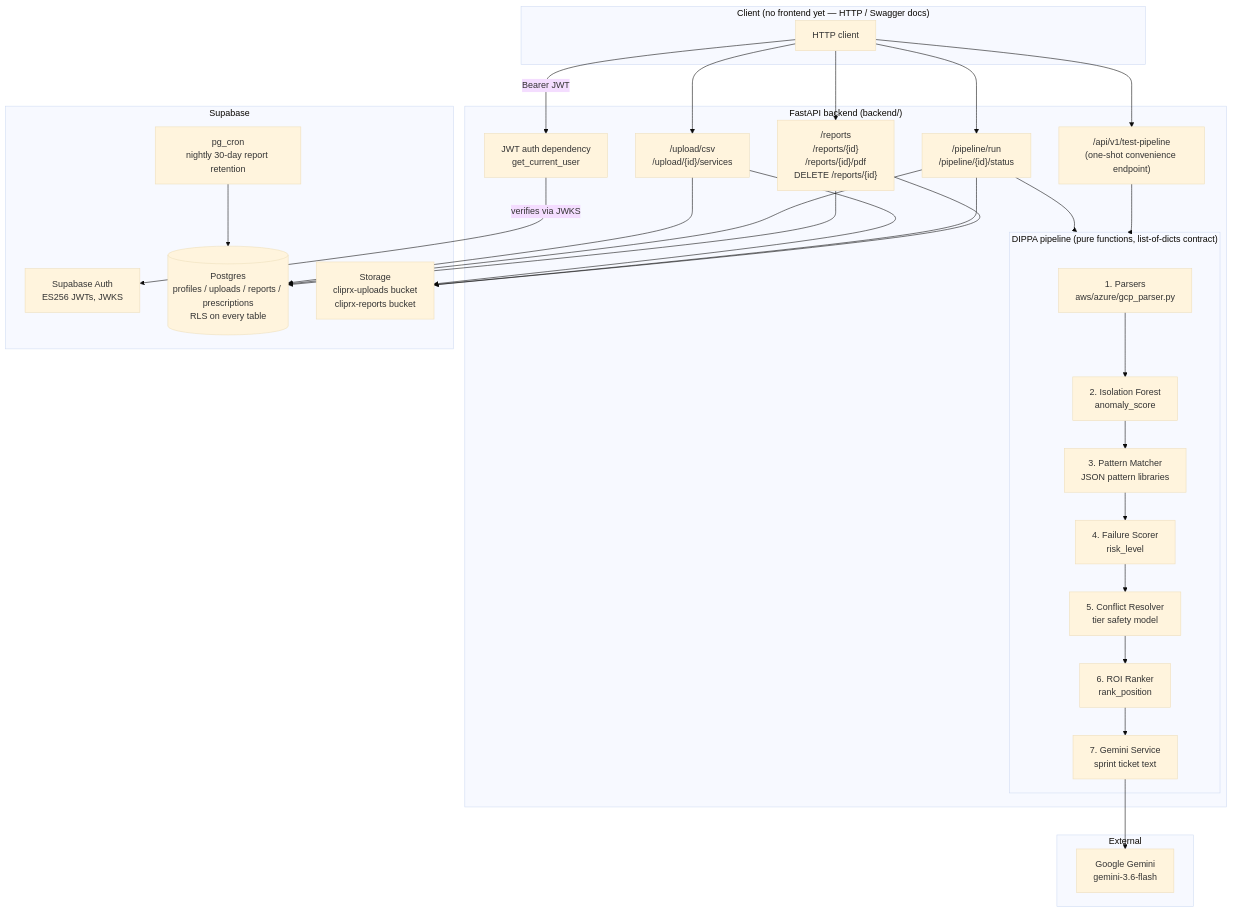
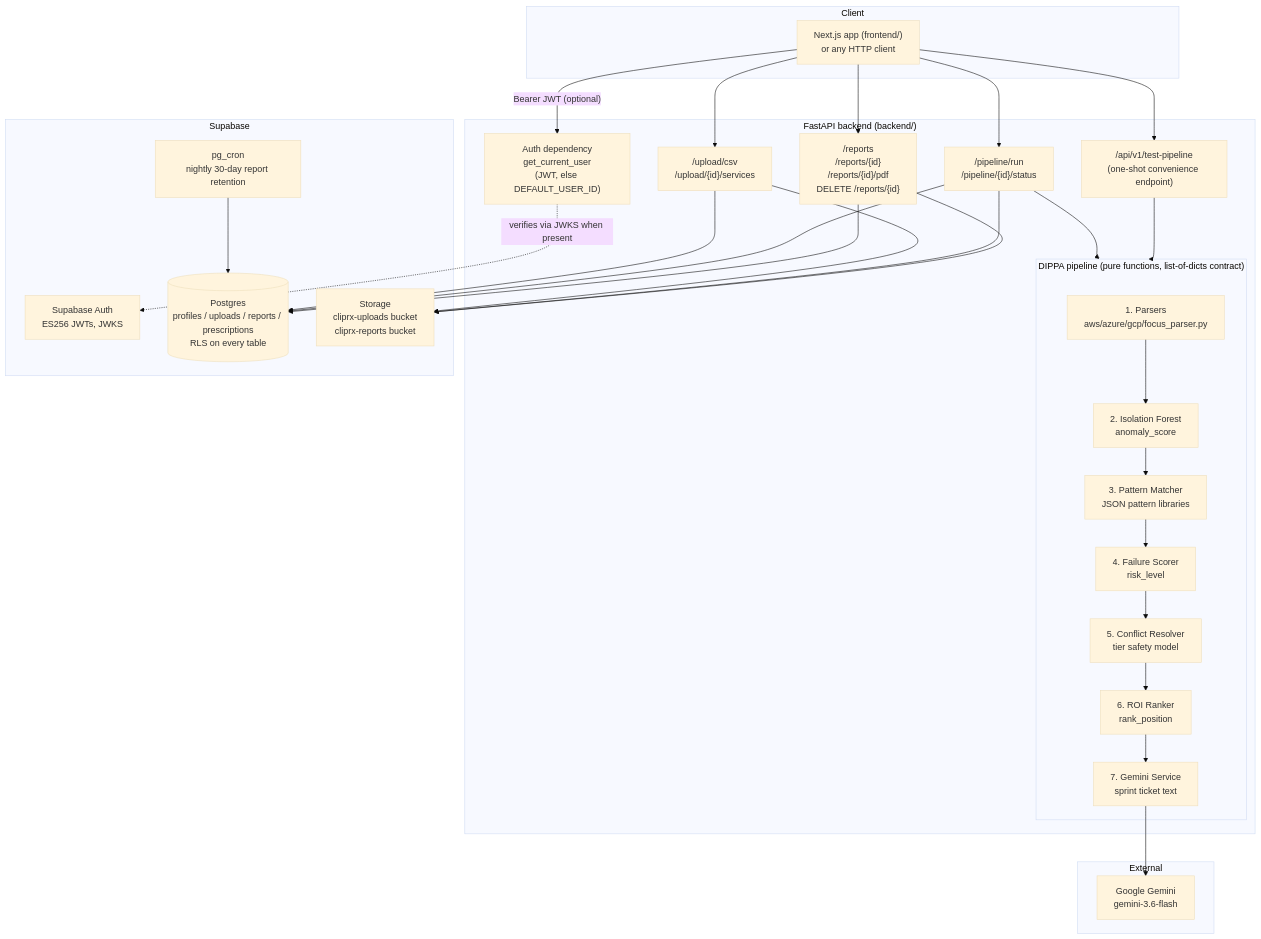
Before and after one commit to Cyberbully-rpg/CliPRx: the first of 3 diagrams in docs/ARCHITECTURE.md, drawn with Mermaid (base theme). The commit also changed other lines of this file and 3 other files, not shown here.

````diff
--- a/docs/ARCHITECTURE.md
+++ b/docs/ARCHITECTURE.md
@@ -11,50 +13,50 @@
 ```mermaid
 flowchart TB
-    subgraph Client["Client (no frontend yet — HTTP / Swagger docs)"]
-        C[HTTP client]
+    subgraph Client["Client"]
+        C["Next.js app (frontend/)<br/>or any HTTP client"]
     end
 
     subgraph Backend["FastAPI backend (backend/)"]
-        AUTH[JWT auth dependency<br/>get_current_user]
+        AUTH["Auth dependency<br/>get_current_user<br/>(JWT, else DEFAULT_USER_ID)"]
         UPLOAD["/upload/csv<br/>/upload/{id}/services"]
         PIPE["/pipeline/run<br/>/pipeline/{id}/status"]
         REPORTS["/reports<br/>/reports/{id}<br/>/reports/{id}/pdf<br/>DELETE /reports/{id}"]
         LEGACY["/api/v1/test-pipeline<br/>(one-shot convenience endpoint)"]
 
         subgraph DIPPA["DIPPA pipeline (pure functions, list-of-dicts contract)"]
-            P1[1. Parsers<br/>aws/azure/gcp_parser.py]
+            P1[1. Parsers<br/>aws/azure/gcp/focus_parser.py]
             P2[2. Isolation Forest<br/>anomaly_score]
             P3[3. Pattern Matcher<br/>JSON pattern libraries]
             P4[4. Failure Scorer<br/>risk_level]
             P5[5. Conflict Resolver<br/>tier safety model]
             P6[6. ROI Ranker<br/>rank_position]
             P7[7. Gemini Service<br/>sprint ticket text]
             P1-->P2-->P3-->P4-->P5-->P6-->P7
         end
     end
 
     subgraph Supabase["Supabase"]
         SAUTH[Supabase Auth<br/>ES256 JWTs, JWKS]
         SDB[(Postgres<br/>profiles / uploads / reports / prescriptions<br/>RLS on every table)]
         SST[Storage<br/>cliprx-uploads bucket<br/>cliprx-reports bucket]
         CRON[pg_cron<br/>nightly 30-day report retention]
     end
 
     subgraph External["External"]
         GEMINI[Google Gemini<br/>gemini-3.6-flash]
     end
 
-    C -->|Bearer JWT| AUTH
-    AUTH -->|verifies via JWKS| SAUTH
+    C -->|"Bearer JWT (optional)"| AUTH
+    AUTH -.->|verifies via JWKS when present| SAUTH
     C --> UPLOAD --> SST
     UPLOAD --> SDB
     C --> PIPE
     PIPE --> DIPPA
     PIPE --> SDB
     PIPE --> SST
     P7 --> GEMINI
     C --> REPORTS --> SDB
     REPORTS --> SST
     C --> LEGACY --> DIPPA
     CRON --> SDB
 ```
````
